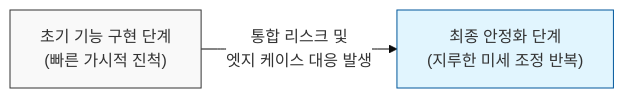
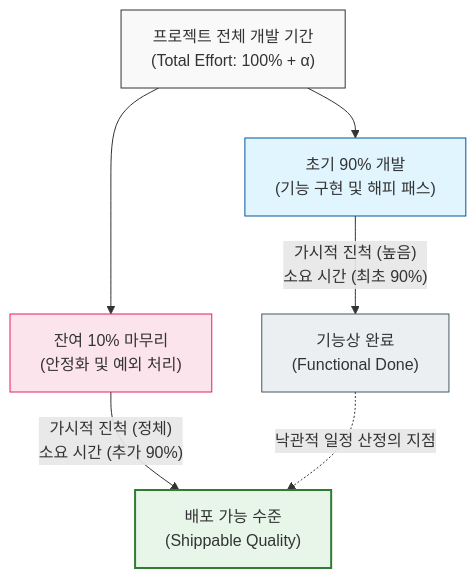
One commit to jeonck/ai-sw-engineering changed the second of 2 diagrams in docs/laws/ninety-ninety-rule.md. Above: the diagram before and after it, drawn with Mermaid. The commit also changed other lines of this file and 29 other files, not shown here.

````diff
--- a/docs/laws/ninety-ninety-rule.md
+++ b/docs/laws/ninety-ninety-rule.md
@@ -29,7 +30,16 @@
 ```mermaid
-%%{init: { 'theme': 'base', 'themeVariables': { 'edgeLabelBackground': '#fff' }}}%%
-flowchart LR
-    A2["초기 기능 구현 단계\n(빠른 가시적 진척)"] -- "통합 리스크 및\n엣지 케이스 대응 발생" --> B2["최종 안정화 단계\n(지루한 미세 조정 반복)"]
-    style A2 fill:#f9f9f9,stroke:#333,stroke-width:1px
-    style B2 fill:#e1f5fe,stroke:#01579b,stroke-width:1px
+graph TD
+    Project["프로젝트 전체 개발 기간\n(Total Effort: 100% + α)"] --> Initial["초기 90% 개발\n(기능 구현 및 해피 패스)"]
+    Project --> Final["잔여 10% 마무리\n(안정화 및 예외 처리)"]
+    
+    Initial -- "가시적 진척 (높음)\n소요 시간 (최초 90%)" --> Done["기능상 완료\n(Functional Done)"]
+    Final -- "가시적 진척 (정체)\n소요 시간 (추가 90%)" --> Ship["배포 가능 수준\n(Shippable Quality)"]
+    
+    Done -. "낙관적 일정 산정의 지점" .-> Ship
+    
+    style Project fill:#f9f9f9,stroke:#333,stroke-width:1px
+    style Initial fill:#e1f5fe,stroke:#01579b,stroke-width:1px
+    style Final fill:#fce4ec,stroke:#e91e63,stroke-width:1px
+    style Done fill:#eceff1,stroke:#455a64,stroke-width:1px
+    style Ship fill:#e8f5e9,stroke:#2e7d32,stroke-width:2px
 ```
````
